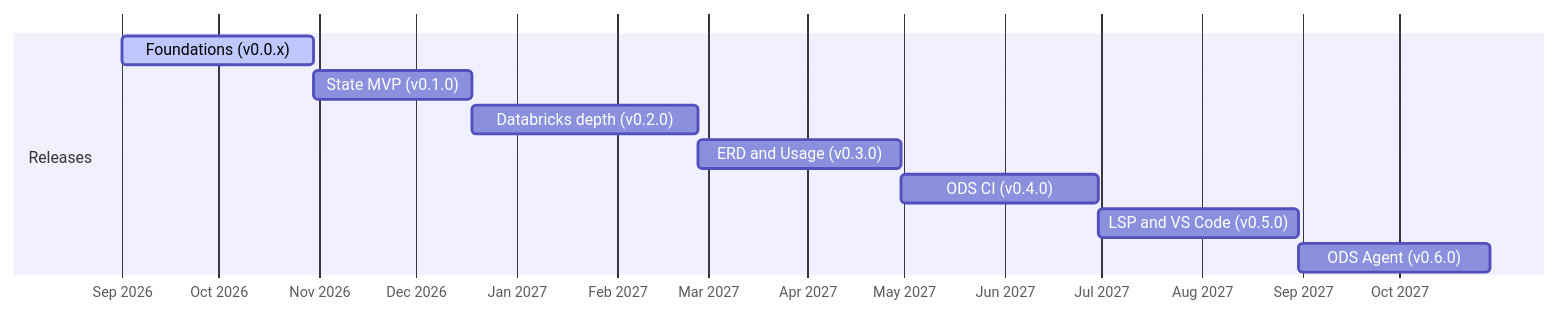
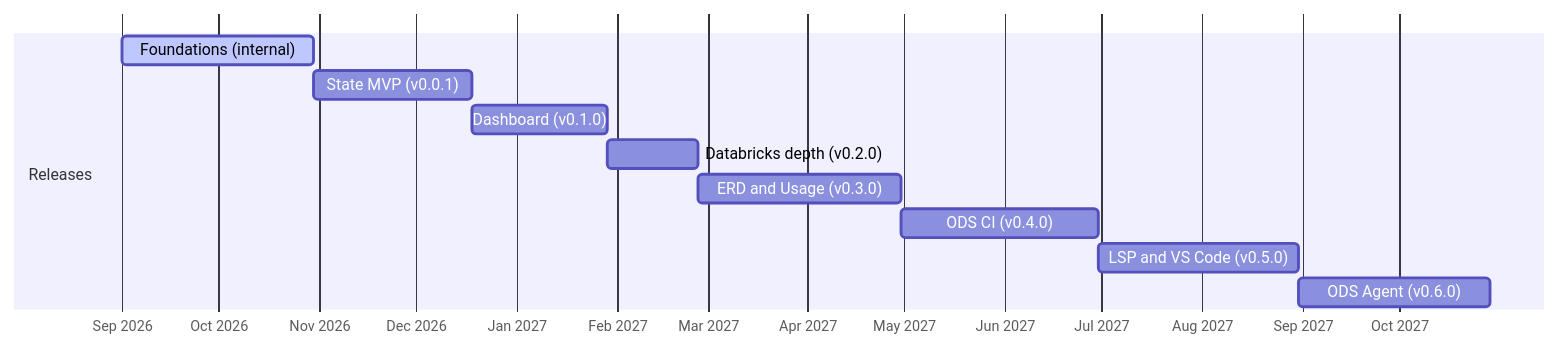
The diagram in docs/roadmap.md (buchochelliq-labs/open-data-suite), drawn with Mermaid before and after one commit. The commit also changed other lines of this file and 14 other files, not shown here.

````diff
--- a/docs/roadmap.md
+++ b/docs/roadmap.md
@@ -36,13 +42,14 @@
 ```mermaid
 gantt
     dateFormat YYYY-MM-DD
     axisFormat %b %Y
     section Releases
-    Foundations (v0.0.x)     :active, 2026-09-01, 2026-10-30
-    State MVP (v0.1.0)       :        2026-10-30, 2026-12-18
-    Databricks depth (v0.2.0):        2026-12-18, 2027-02-26
+    Foundations (internal)   :active, 2026-09-01, 2026-10-30
+    State MVP (v0.0.1)       :        2026-10-30, 2026-12-18
+    Dashboard (v0.1.0)       :        2026-12-18, 2027-01-29
+    Databricks depth (v0.2.0):        2027-01-29, 2027-02-26
     ERD and Usage (v0.3.0)   :        2027-02-26, 2027-04-30
     ODS CI (v0.4.0)          :        2027-04-30, 2027-06-30
     LSP and VS Code (v0.5.0) :        2027-06-30, 2027-08-31
     ODS Agent (v0.6.0)       :        2027-08-31, 2027-10-29
 ```
````
